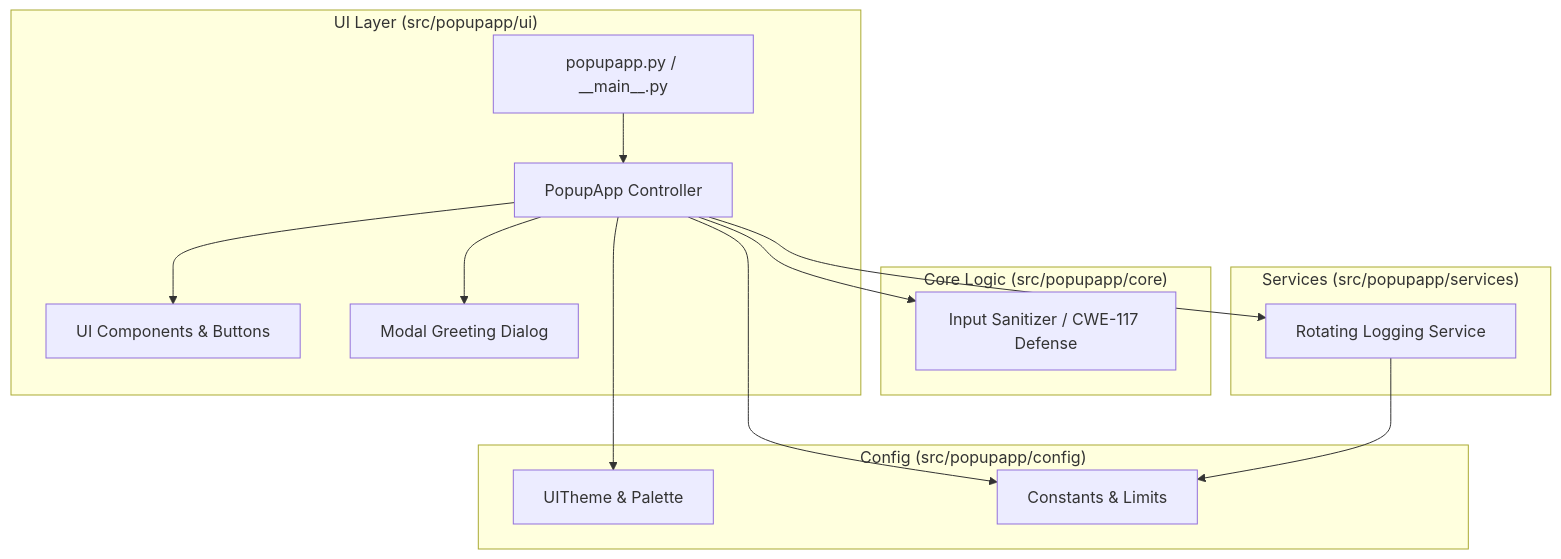
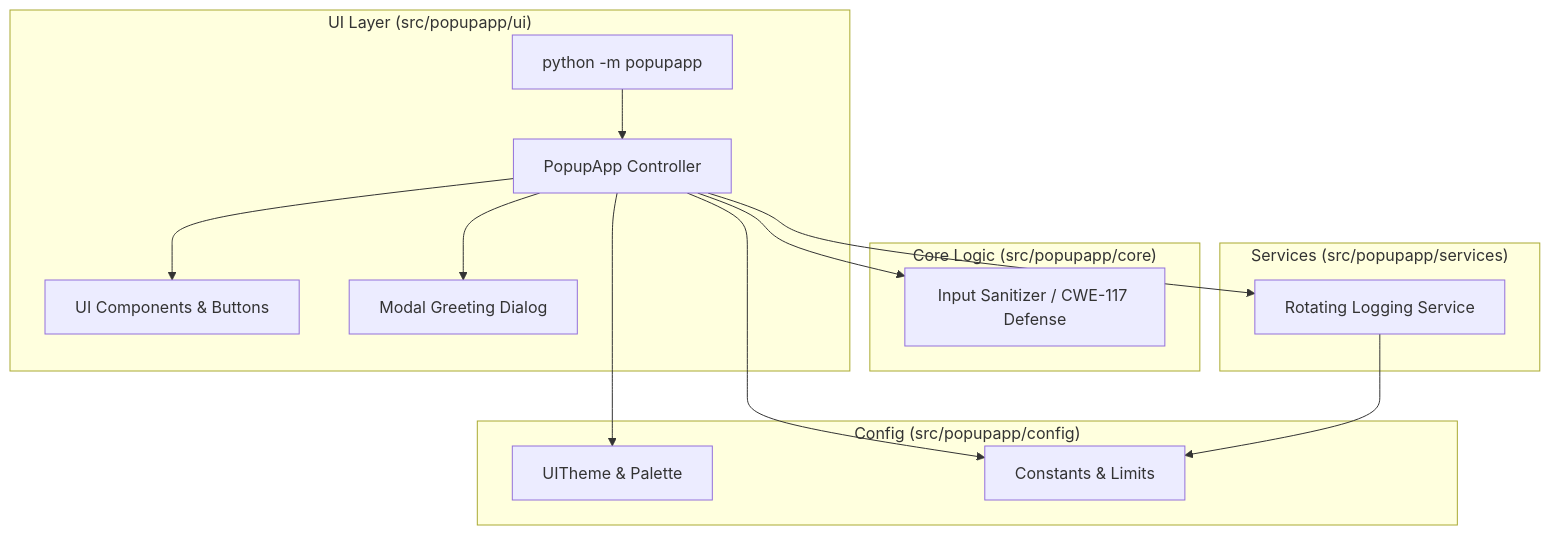
Before and after one commit to Sopwit/PopUp-App: the diagram in README.md, drawn with Mermaid. The commit also changed other lines of this file and 23 other files, not shown here.

````diff
--- a/README.md
+++ b/README.md
@@ -26,27 +26,27 @@
 ```mermaid
 graph TD
     subgraph UI Layer ["UI Layer (src/popupapp/ui)"]
-        Entry[popupapp.py / __main__.py] --> App[PopupApp Controller]
+        Entry[python -m popupapp] --> App[PopupApp Controller]
         App --> Components[UI Components & Buttons]
         App --> Modal[Modal Greeting Dialog]
     end
 
     subgraph Core Domain ["Core Logic (src/popupapp/core)"]
         Sanitizer[Input Sanitizer / CWE-117 Defense]
     end
 
     subgraph Infrastructure ["Services (src/popupapp/services)"]
         LoggingService[Rotating Logging Service]
     end
 
     subgraph Configuration ["Config (src/popupapp/config)"]
         Theme[UITheme & Palette]
         Constants[Constants & Limits]
     end
 
     App --> Sanitizer
     App --> LoggingService
     App --> Theme
     App --> Constants
     LoggingService --> Constants
 ```
````
